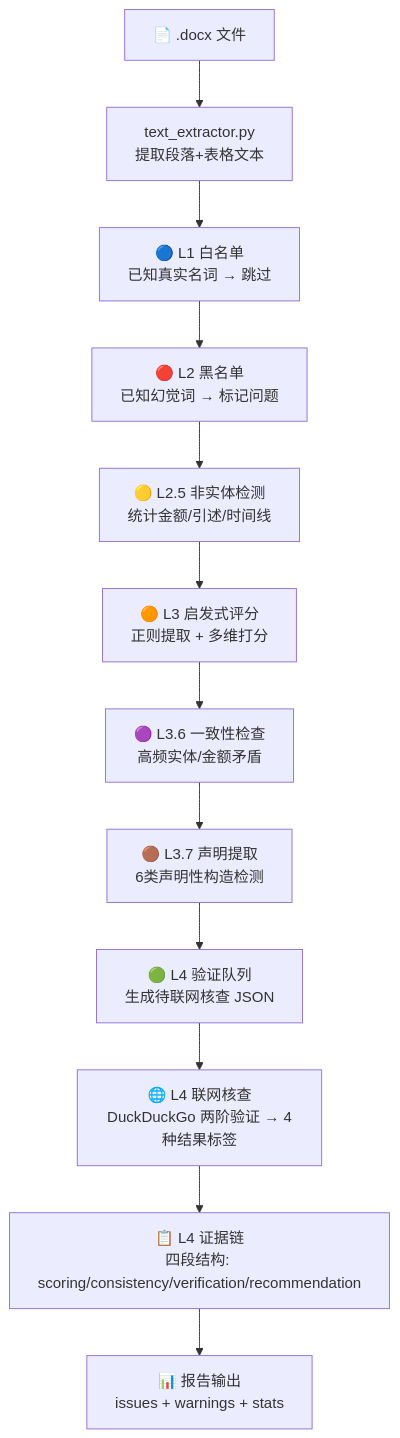
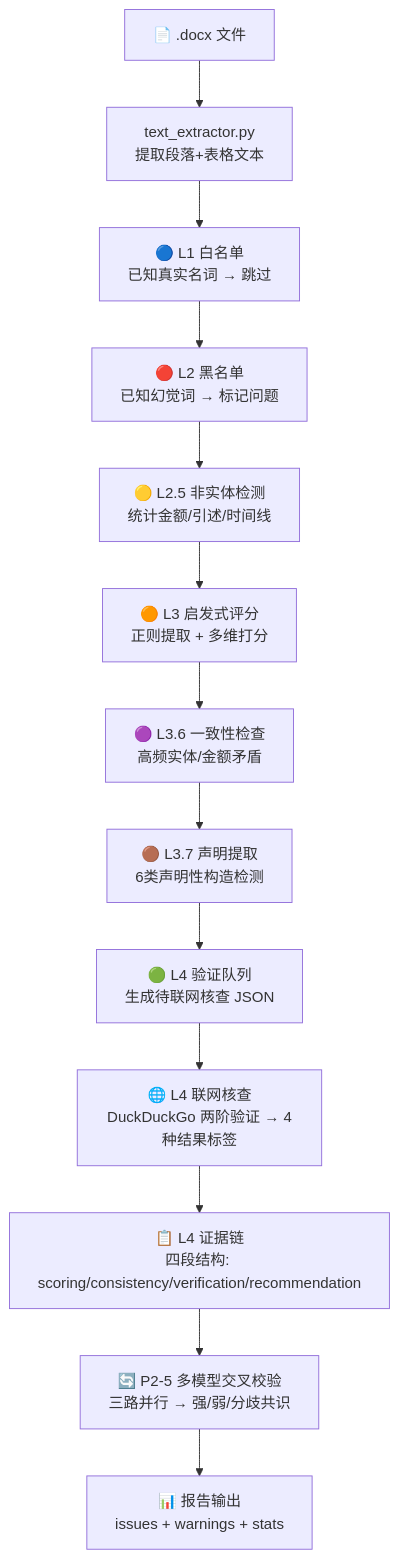
The first of 2 diagrams in docs/architecture.md (Virukicy/GEHD), drawn with Mermaid before and after one commit. The commit also changed other lines of this file and 2 other files, not shown here.

````diff
--- a/docs/architecture.md
+++ b/docs/architecture.md
@@ -88,14 +88,15 @@
 ```mermaid
 flowchart TD
     INPUT["📄 .docx 文件"] --> EXTRACT["text_extractor.py<br/>提取段落+表格文本"]
     EXTRACT --> L1["🔵 L1 白名单<br/>已知真实名词 → 跳过"]
     L1 --> L2["🔴 L2 黑名单<br/>已知幻觉词 → 标记问题"]
     L2 --> L25["🟡 L2.5 非实体检测<br/>统计金额/引述/时间线"]
     L25 --> L3["🟠 L3 启发式评分<br/>正则提取 + 多维打分"]
     L3 --> L36["🟣 L3.6 一致性检查<br/>高频实体/金额矛盾"]
     L36 --> L37["🟤 L3.7 声明提取<br/>6类声明性构造检测"]
     L37 --> L4["🟢 L4 验证队列<br/>生成待联网核查 JSON"]
     L4 --> WEB["🌐 L4 联网核查<br/>DuckDuckGo 两阶验证 → 4种结果标签"]
     WEB --> EVID["📋 L4 证据链<br/>四段结构: scoring/consistency/verification/recommendation"]
-    EVID --> OUTPUT["📊 报告输出<br/>issues + warnings + stats"]
+    EVID --> CROSS["🔄 P2-5 多模型交叉校验<br/>三路并行 → 强/弱/分歧共识"]
+    CROSS --> OUTPUT["📊 报告输出<br/>issues + warnings + stats"]
 ```
````
